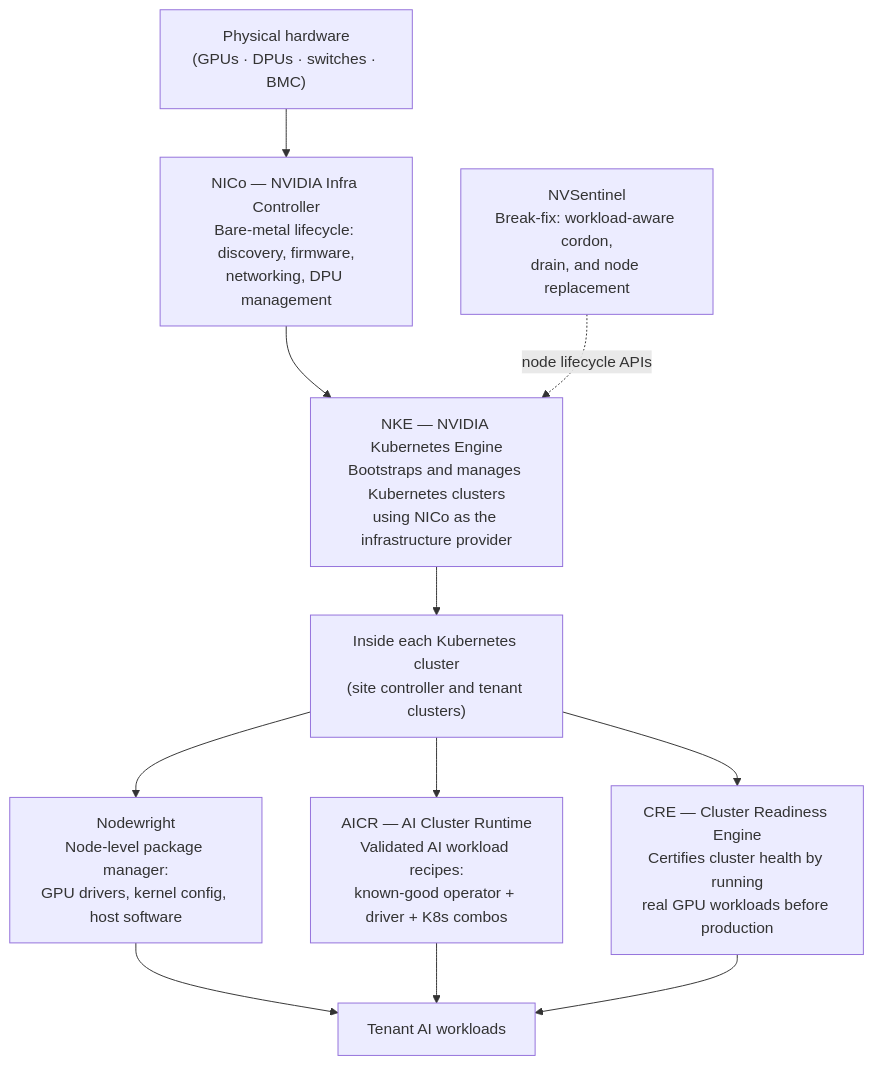
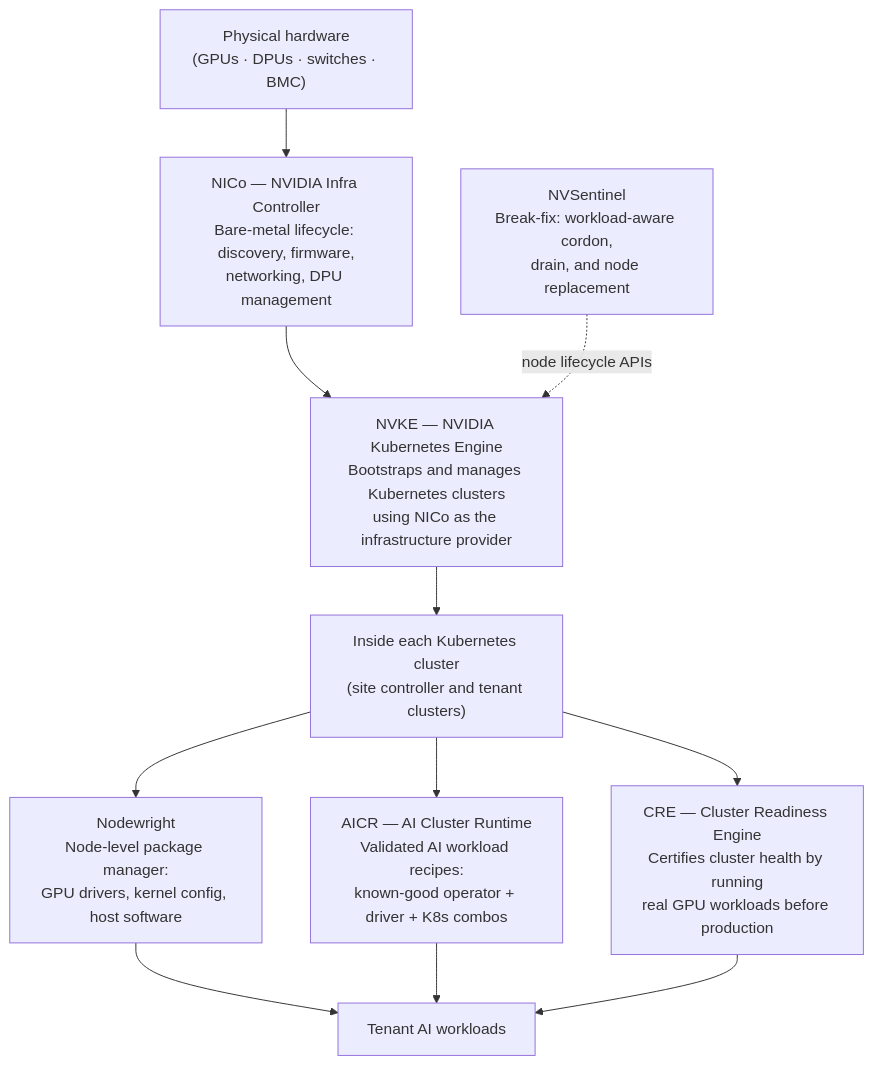
The diagram in docs/dsx-stack.md (FrankSpitulski/nvke), drawn with Mermaid before and after one commit. The commit also changed other lines of this file and 95 other files, not shown here.

````diff
--- a/docs/dsx-stack.md
+++ b/docs/dsx-stack.md
@@ -7,24 +7,24 @@
 ```mermaid
 flowchart TB
     hw["Physical hardware\n(GPUs · DPUs · switches · BMC)"]
     nico["NICo — NVIDIA Infra Controller\nBare-metal lifecycle: discovery, firmware,\nnetworking, DPU management"]
-    nke["NKE — NVIDIA Kubernetes Engine\nBootstraps and manages Kubernetes clusters\nusing NICo as the infrastructure provider"]
+    NVKE["NVKE — NVIDIA Kubernetes Engine\nBootstraps and manages Kubernetes clusters\nusing NICo as the infrastructure provider"]
     inside["Inside each Kubernetes cluster\n(site controller and tenant clusters)"]
     nw["Nodewright\nNode-level package manager:\nGPU drivers, kernel config, host software"]
     aicr["AICR — AI Cluster Runtime\nValidated AI workload recipes:\nknown-good operator + driver + K8s combos"]
     cre["CRE — Cluster Readiness Engine\nCertifies cluster health by running\nreal GPU workloads before production"]
     sentinel["NVSentinel\nBreak-fix: workload-aware cordon,\ndrain, and node replacement"]
     workloads["Tenant AI workloads"]
 
     hw --> nico
-    nico --> nke
-    nke --> inside
+    nico --> NVKE
+    NVKE --> inside
     inside --> nw
     inside --> aicr
     inside --> cre
-    sentinel -. "node lifecycle APIs" .-> nke
+    sentinel -. "node lifecycle APIs" .-> NVKE
 
     nw --> workloads
     aicr --> workloads
     cre --> workloads
 ```
````
